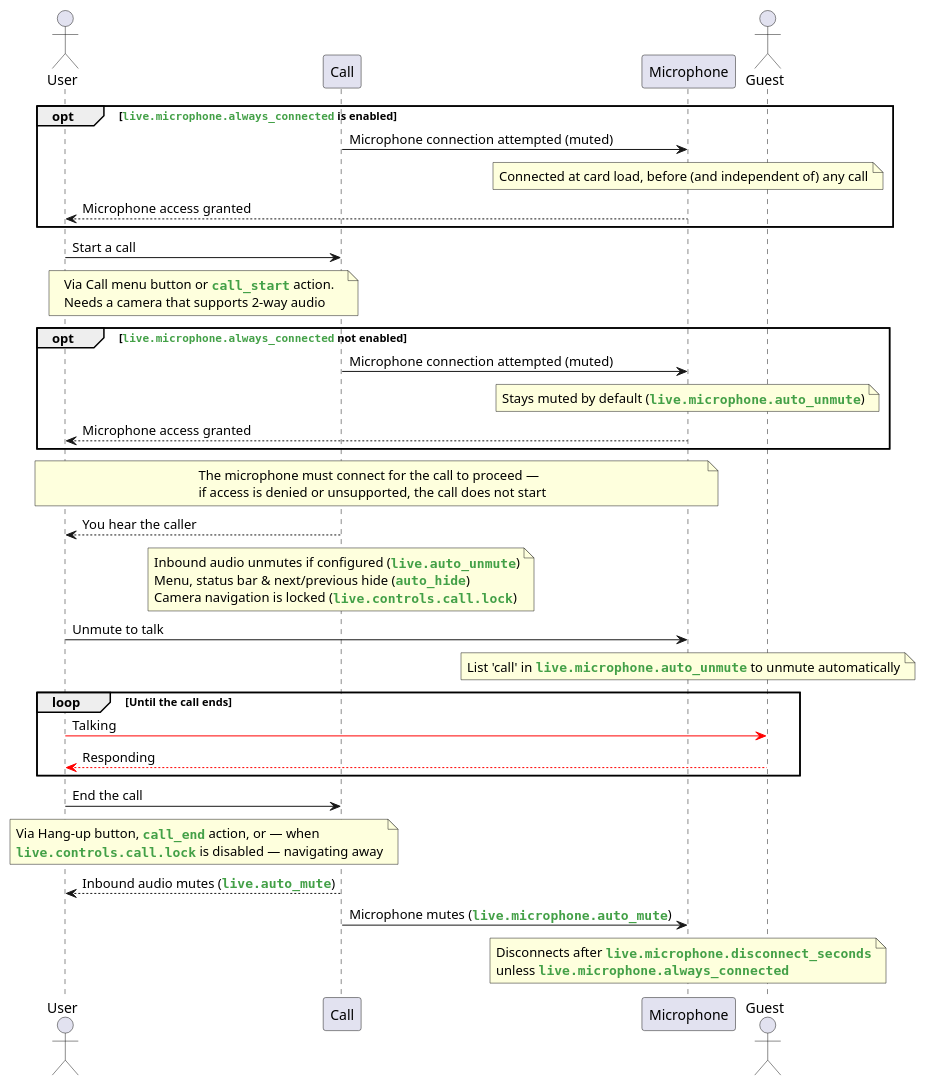
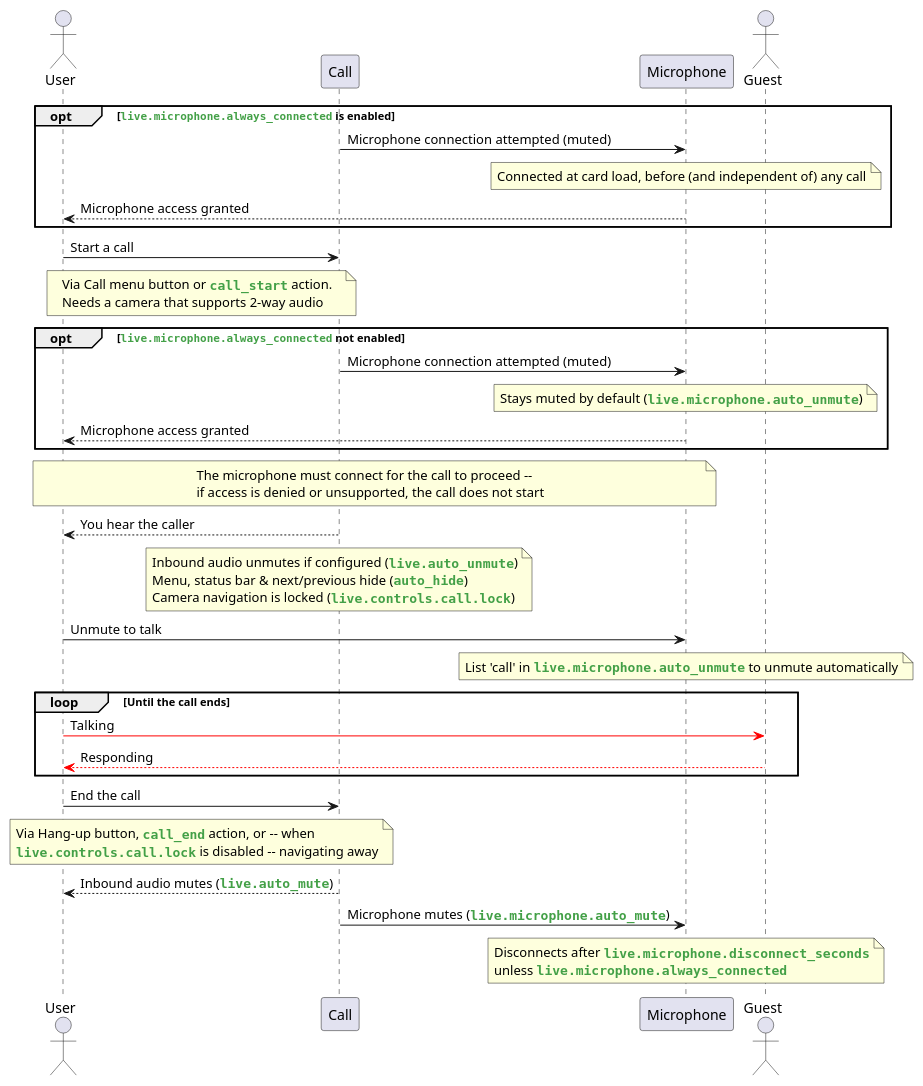
The diagram in docs/uml/call-sequence.puml (dermotduffy/advanced-camera-card), drawn with PlantUML before and after one commit. The commit also changed 59 other files, not shown here.

```diff
--- a/docs/uml/call-sequence.puml
+++ b/docs/uml/call-sequence.puml
@@ -1,59 +1,59 @@
 @startuml
 skinparam backgroundColor white
 
 actor User
 participant "Call" as Card
 participant Microphone as Mic
 actor Guest
 
 opt <color:#43a047>**""live.microphone.always_connected""**</color> is enabled
   Card -> Mic : Microphone connection attempted (muted)
   note over Mic : Connected at card load, before (and independent of) any call
   Mic --> User : Microphone access granted
 end
 
 User -> Card : Start a call
 note over User, Card
   Via Call menu button or <color:#43a047>**""call_start""**</color> action.
   Needs a camera that supports 2-way audio
 end note
 
 opt <color:#43a047>**""live.microphone.always_connected""**</color> not enabled
   Card -> Mic : Microphone connection attempted (muted)
   note over Mic : Stays muted by default (<color:#43a047>**""live.microphone.auto_unmute""**</color>)
   Mic --> User : Microphone access granted
 end
 
 note over User, Mic
-  The microphone must connect for the call to proceed —
+  The microphone must connect for the call to proceed --
   if access is denied or unsupported, the call does not start
 end note
 
 Card --> User : You hear the caller
 note over Card
   Inbound audio unmutes if configured (<color:#43a047>**""live.auto_unmute""**</color>)
   Menu, status bar & next/previous hide (<color:#43a047>**""auto_hide""**</color>)
   Camera navigation is locked (<color:#43a047>**""live.controls.call.lock""**</color>)
 end note
 
 User -> Mic : Unmute to talk
 note over Mic : List 'call' in <color:#43a047>**""live.microphone.auto_unmute""**</color> to unmute automatically
 
 loop Until the call ends
   User -[#red]> Guest : Talking
   Guest -[#red]-> User : Responding
 end
 
 User -> Card : End the call
 note over User, Card
-  Via Hang-up button, <color:#43a047>**""call_end""**</color> action, or — when
-  <color:#43a047>**""live.controls.call.lock""**</color> is disabled — navigating away
+  Via Hang-up button, <color:#43a047>**""call_end""**</color> action, or -- when
+  <color:#43a047>**""live.controls.call.lock""**</color> is disabled -- navigating away
 end note
 
 Card --> User : Inbound audio mutes (<color:#43a047>**""live.auto_mute""**</color>)
 Card -> Mic : Microphone mutes (<color:#43a047>**""live.microphone.auto_mute""**</color>)
 note over Mic
   Disconnects after <color:#43a047>**""live.microphone.disconnect_seconds""**</color>
   unless <color:#43a047>**""live.microphone.always_connected""**</color>
 end note
 @enduml
```
